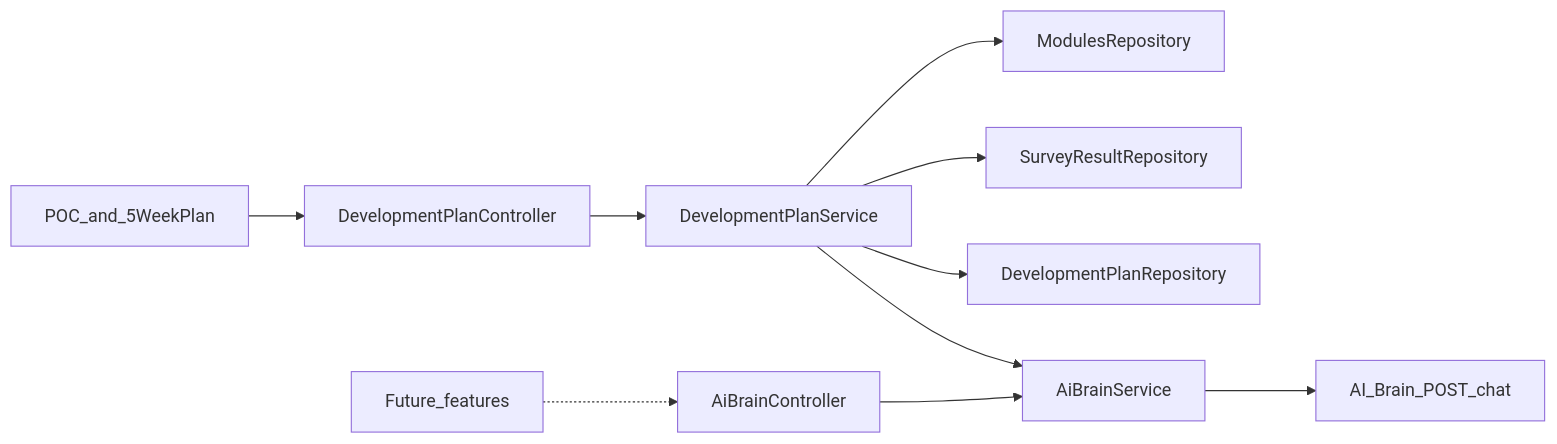
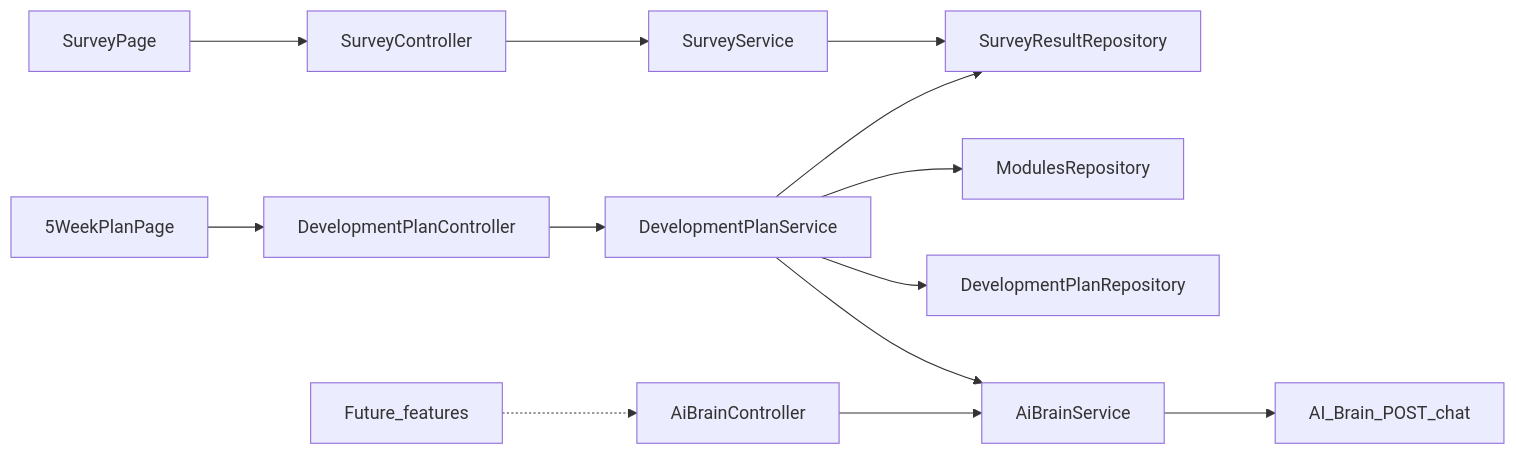
One commit to aaliya0606/LeadershipCompassProject changed the diagram in AI_BRAIN_INTEGRATION.md. Above: the diagram before and after it, drawn with Mermaid. The commit also changed other lines of this file and 28 other files, not shown here.

First line of the commit message:
Wire 5-week plans to saved survey scores and keep weak categories in the plan.

````diff
--- a/AI_BRAIN_INTEGRATION.md
+++ b/AI_BRAIN_INTEGRATION.md
@@ -12,12 +12,15 @@
 ```mermaid
 flowchart LR
-  poc[POC_and_5WeekPlan] --> planApi[DevelopmentPlanController]
+  surveyUi[SurveyPage] --> surveyApi[SurveyController]
+  surveyApi --> surveySvc[SurveyService]
+  surveySvc --> surveyResults[SurveyResultRepository]
+  planUi[5WeekPlanPage] --> planApi[DevelopmentPlanController]
   planApi --> planSvc[DevelopmentPlanService]
   planSvc --> modules[ModulesRepository]
-  planSvc --> survey[SurveyResultRepository]
+  planSvc --> surveyResults
   planSvc --> plans[DevelopmentPlanRepository]
   planSvc --> aiSvc[AiBrainService]
   aiSvc --> brain[AI_Brain_POST_chat]
   futureUi[Future_features] -.-> aiApi[AiBrainController]
   aiApi --> aiSvc
 ```
````
